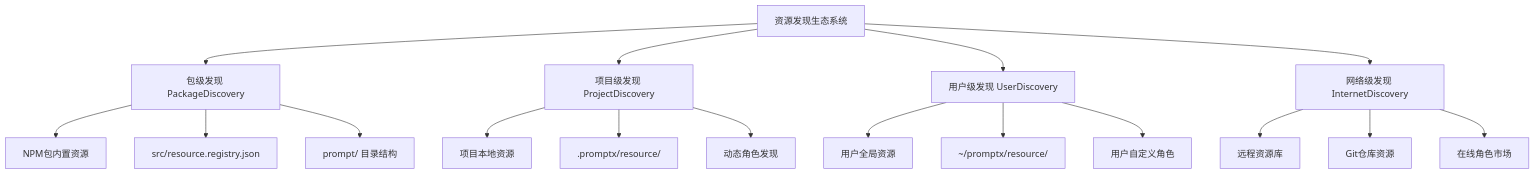
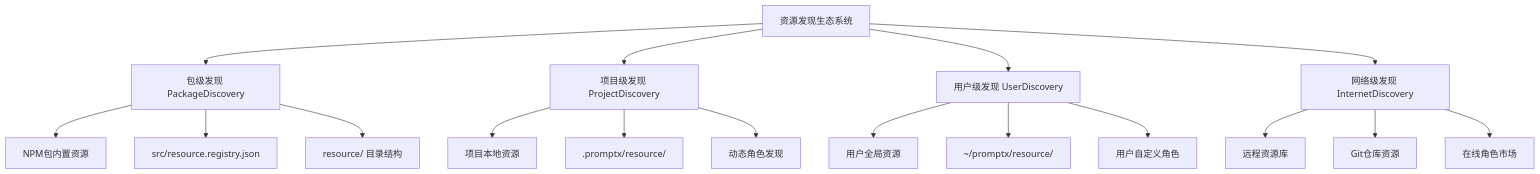
Before and after one commit to yuyuan-cs/PromptX: the third of 14 diagrams in docs/resource-referrence-architech.md, drawn with Mermaid. The commit also changed other lines of this file and 199 other files, not shown here.

````diff
--- a/docs/resource-referrence-architech.md
+++ b/docs/resource-referrence-architech.md
@@ -99,23 +99,23 @@
 ```mermaid
 graph TD
     A[资源发现生态系统] --> B[包级发现 PackageDiscovery]
     A --> C[项目级发现 ProjectDiscovery]
     A --> D[用户级发现 UserDiscovery]
     A --> E[网络级发现 InternetDiscovery]
 
     B --> B1[NPM包内置资源]
     B --> B2[src/resource.registry.json]
-    B --> B3[prompt/ 目录结构]
+    B --> B3[resource/ 目录结构]
 
     C --> C1[项目本地资源]
     C --> C2[.promptx/resource/]
     C --> C3[动态角色发现]
 
     D --> D1[用户全局资源]
     D --> D2[~/promptx/resource/]
     D --> D3[用户自定义角色]
 
     E --> E1[远程资源库]
     E --> E2[Git仓库资源]
     E --> E3[在线角色市场]
 ```
````
